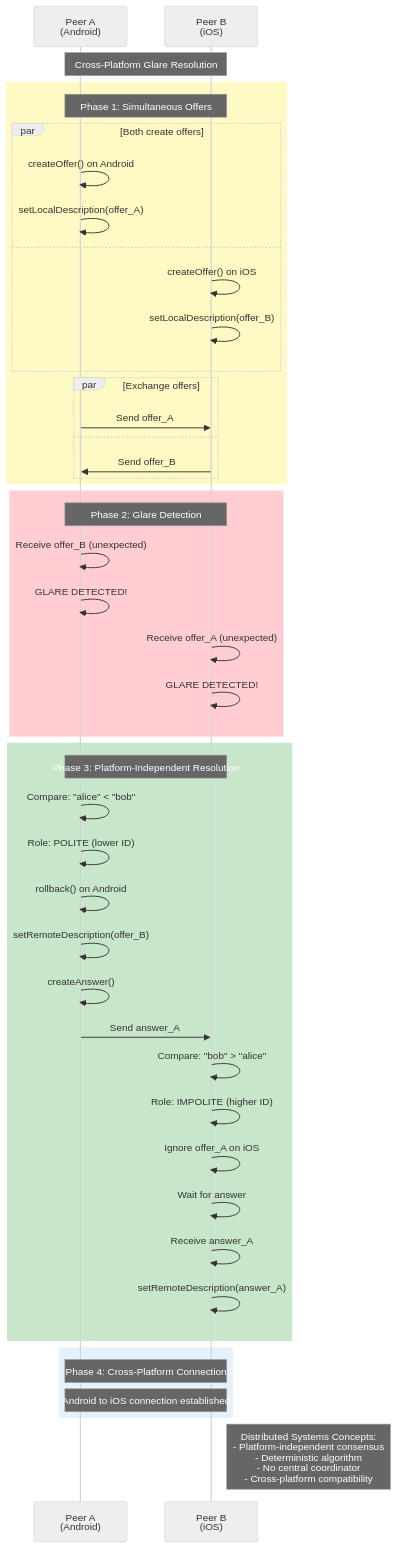
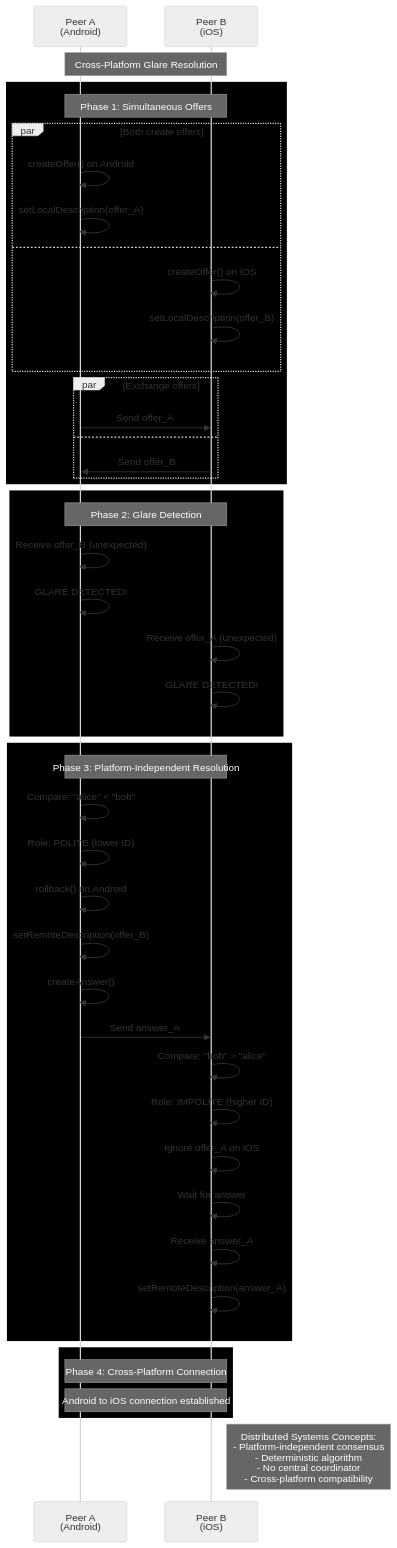
Before and after one commit to amr-kasem/distributed-systems-flutter-chat-peer: the sixth of 8 diagrams in docs/sequence-diagrams.md, drawn with Mermaid (neutral theme). The commit also changed other lines of this file and 7 other files, not shown here.

Commit message:
solved issues with diagrams

````diff
--- a/docs/sequence-diagrams.md
+++ b/docs/sequence-diagrams.md
@@ -367,60 +367,60 @@
 ```mermaid
 sequenceDiagram
     participant PeerA as Peer A<br/>(Android)
     participant PeerB as Peer B<br/>(iOS)
     
     Note over PeerA,PeerB: Cross-Platform Glare Resolution
     
-    rect rgb(255, 249, 196)
+    rect rgb("255, 249, 196")
         Note over PeerA,PeerB: Phase 1: Simultaneous Offers
         
         par Both create offers
             PeerA->>PeerA: createOffer() on Android
             PeerA->>PeerA: setLocalDescription(offer_A)
         and
             PeerB->>PeerB: createOffer() on iOS
             PeerB->>PeerB: setLocalDescription(offer_B)
         end
         
         par Exchange offers
             PeerA->>PeerB: Send offer_A
         and
             PeerB->>PeerA: Send offer_B
         end
     end
     
-    rect rgb(255, 205, 210)
+    rect rgb("255, 205, 210")
         Note over PeerA,PeerB: Phase 2: Glare Detection
         
         PeerA->>PeerA: Receive offer_B (unexpected)
         PeerA->>PeerA: GLARE DETECTED!
         
         PeerB->>PeerB: Receive offer_A (unexpected)
         PeerB->>PeerB: GLARE DETECTED!
     end
     
-    rect rgb(200, 230, 201)
+    rect rgb("200, 230, 201")
         Note over PeerA,PeerB: Phase 3: Platform-Independent Resolution
         
         PeerA->>PeerA: Compare: "alice" < "bob"
         PeerA->>PeerA: Role: POLITE (lower ID)
         PeerA->>PeerA: rollback() on Android
         PeerA->>PeerA: setRemoteDescription(offer_B)
         PeerA->>PeerA: createAnswer()
         PeerA->>PeerB: Send answer_A
         
         PeerB->>PeerB: Compare: "bob" > "alice"
         PeerB->>PeerB: Role: IMPOLITE (higher ID)
         PeerB->>PeerB: Ignore offer_A on iOS
         PeerB->>PeerB: Wait for answer
         PeerB->>PeerB: Receive answer_A
         PeerB->>PeerB: setRemoteDescription(answer_A)
     end
     
-    rect rgb(227, 242, 253)
+    rect rgb("227, 242, 253")
         Note over PeerA,PeerB: Phase 4: Cross-Platform Connection
         Note over PeerA,PeerB: Android to iOS connection established
     end
     
     Note right of PeerB: Distributed Systems Concepts:<br/>- Platform-independent consensus<br/>- Deterministic algorithm<br/>- No central coordinator<br/>- Cross-platform compatibility
 ```
````
